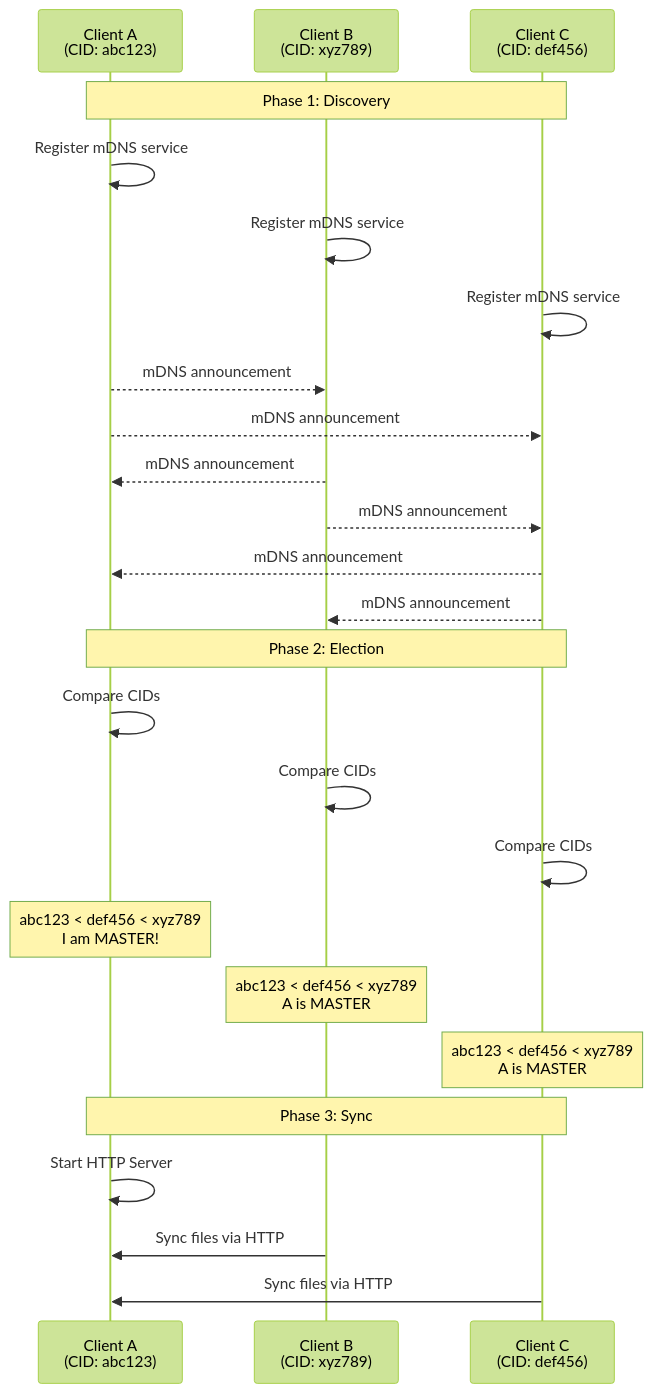
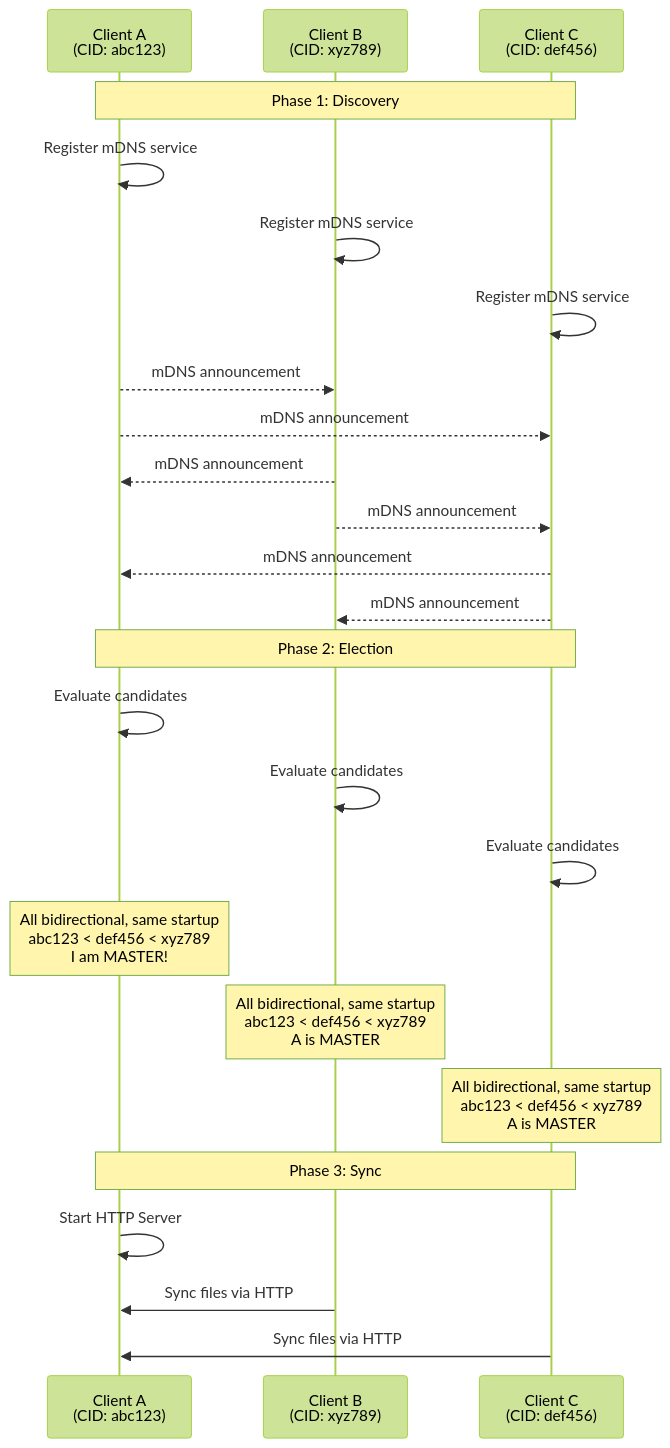
The third of 7 diagrams in docs/lan-mode.md (albertsdk/hsync-client), drawn with Mermaid (forest theme) before and after one commit. The commit also changed other lines of this file and 11 other files, not shown here.

````diff
--- a/docs/lan-mode.md
+++ b/docs/lan-mode.md
@@ -92,32 +93,32 @@
 ```mermaid
 sequenceDiagram
     participant A as Client A<br/>(CID: abc123)
     participant B as Client B<br/>(CID: xyz789)
     participant C as Client C<br/>(CID: def456)
     
     Note over A,C: Phase 1: Discovery
     A->>A: Register mDNS service
     B->>B: Register mDNS service
     C->>C: Register mDNS service
     
     A-->>B: mDNS announcement
     A-->>C: mDNS announcement
     B-->>A: mDNS announcement
     B-->>C: mDNS announcement
     C-->>A: mDNS announcement
     C-->>B: mDNS announcement
     
     Note over A,C: Phase 2: Election
-    A->>A: Compare CIDs
-    B->>B: Compare CIDs
-    C->>C: Compare CIDs
-    
-    Note over A: abc123 < def456 < xyz789<br/>I am MASTER!
-    Note over B: abc123 < def456 < xyz789<br/>A is MASTER
-    Note over C: abc123 < def456 < xyz789<br/>A is MASTER
+    A->>A: Evaluate candidates
+    B->>B: Evaluate candidates
+    C->>C: Evaluate candidates
+
+    Note over A: All bidirectional, same startup<br/>abc123 < def456 < xyz789<br/>I am MASTER!
+    Note over B: All bidirectional, same startup<br/>abc123 < def456 < xyz789<br/>A is MASTER
+    Note over C: All bidirectional, same startup<br/>abc123 < def456 < xyz789<br/>A is MASTER
     
     Note over A,C: Phase 3: Sync
     A->>A: Start HTTP Server
     B->>A: Sync files via HTTP
     C->>A: Sync files via HTTP
 ```
````
